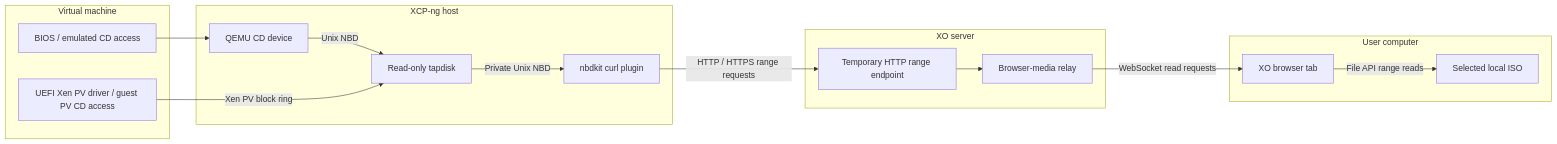
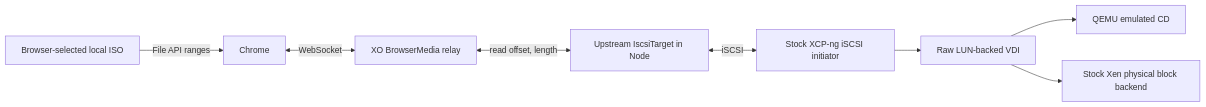
The diagram in BROWSER_MEDIA_SPIKE_REPORT.md (vatesfr/xen-orchestra), drawn with Mermaid before and after one commit. The commit also changed other lines of this file and 16 other files, not shown here.

Commit message:
feat(browser-media): stream ISOs through stock iSCSI storage

````diff
--- a/BROWSER_MEDIA_SPIKE_REPORT.md
+++ b/BROWSER_MEDIA_SPIKE_REPORT.md
@@ -37,28 +11,10 @@
 ```mermaid
 flowchart LR
-    subgraph Guest[Virtual machine]
-        BIOS[BIOS / emulated CD access]
-        PV[UEFI Xen PV driver / guest PV CD access]
-    end
-    subgraph Host[XCP-ng host]
-        QEMU[QEMU CD device]
-        TAP[Read-only tapdisk]
-        NBD[nbdkit curl plugin]
-    end
-    subgraph Server[XO server]
-        RANGE[Temporary HTTP range endpoint]
-        RELAY[Browser-media relay]
-    end
-    subgraph Client[User computer]
-        TAB[XO browser tab]
-        FILE[Selected local ISO]
-    end
-    BIOS --> QEMU
-    QEMU -->|Unix NBD| TAP
-    PV -->|Xen PV block ring| TAP
-    TAP -->|Private Unix NBD| NBD
-    NBD -->|HTTP / HTTPS range requests| RANGE
-    RANGE --> RELAY
-    RELAY -->|WebSocket read requests| TAB
-    TAB -->|File API range reads| FILE
+  File[Browser-selected local ISO] -->|File API ranges| Browser[Chrome]
+  Browser <-->|WebSocket| Relay[XO BrowserMedia relay]
+  Relay <-->|read offset, length| Target[Upstream IscsiTarget in Node]
+  Target <-->|iSCSI| Host[Stock XCP-ng iSCSI initiator]
+  Host --> VDI[Raw LUN-backed VDI]
+  VDI --> QEMU[QEMU emulated CD]
+  VDI --> PV[Stock Xen physical block backend]
 ```
````
